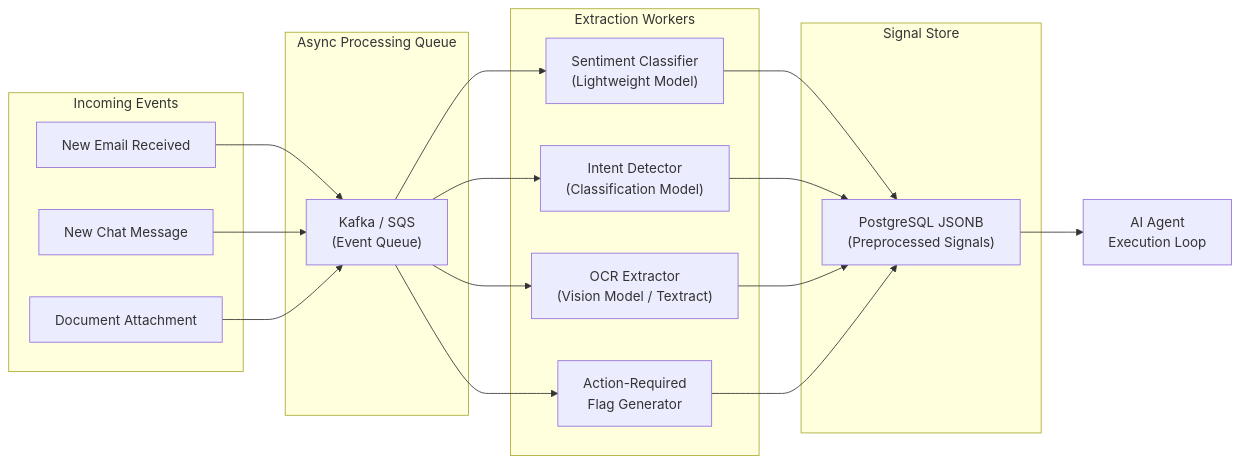
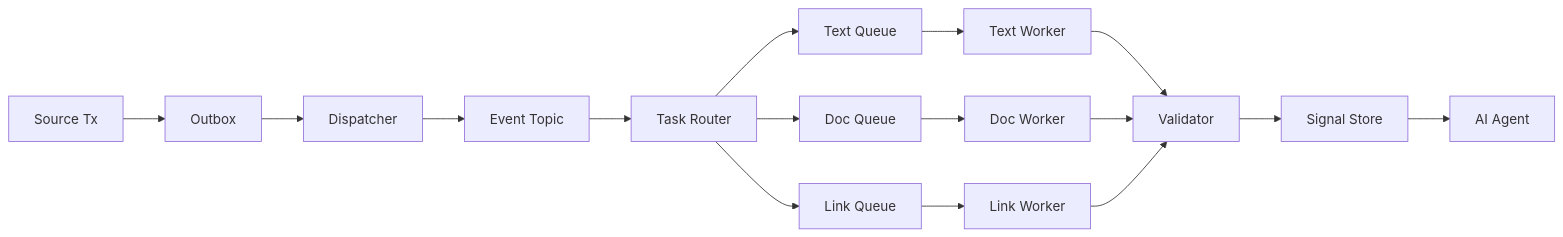
Before and after one commit to ohadleshno/ohad-leshno-blog: the diagram in content/tech-blog/en/building-an-effective-context-layer-part-6.md, drawn with Mermaid. The commit also changed other lines of this file and 65 other files, not shown here.

````diff
--- a/content/tech-blog/en/building-an-effective-context-layer-part-6.md
+++ b/content/tech-blog/en/building-an-effective-context-layer-part-6.md
@@ -80,30 +155,18 @@
 ```mermaid
 flowchart LR
-    subgraph Triggers["Incoming Events"]
-        Email["New Email Received"]
-        Chat["New Chat Message"]
-        Doc["Document Attachment"]
-    end
-
-    subgraph Queue["Async Processing Queue"]
-        Email --> Kafka["Kafka / SQS\n(Event Queue)"]
-        Chat --> Kafka
-        Doc --> Kafka
-    end
-
-    subgraph Workers["Extraction Workers"]
-        Kafka --> Sentiment["Sentiment Classifier\n(Lightweight Model)"]
-        Kafka --> Intent["Intent Detector\n(Classification Model)"]
-        Kafka --> OCR["OCR Extractor\n(Vision Model / Textract)"]
-        Kafka --> ActionFlag["Action-Required\nFlag Generator"]
-    end
-
-    subgraph Store["Signal Store"]
-        Sentiment --> DB["PostgreSQL JSONB\n(Preprocessed Signals)"]
-        Intent --> DB
-        OCR --> DB
-        ActionFlag --> DB
-    end
-
-    DB --> Agent["AI Agent\nExecution Loop"]
+    Source["Source Tx"] --> Outbox["Outbox"]
+    Outbox --> Dispatch["Dispatcher"]
+    Dispatch --> Events["Event Topic"]
+    Events --> Router["Task Router"]
+    Router --> TextQ["Text Queue"]
+    Router --> DocQ["Doc Queue"]
+    Router --> LinkQ["Link Queue"]
+    TextQ --> Text["Text Worker"]
+    DocQ --> Doc["Doc Worker"]
+    LinkQ --> Link["Link Worker"]
+    Text --> Check["Validator"]
+    Doc --> Check
+    Link --> Check
+    Check --> Store["Signal Store"]
+    Store --> Agent["AI Agent"]
 ```
````
